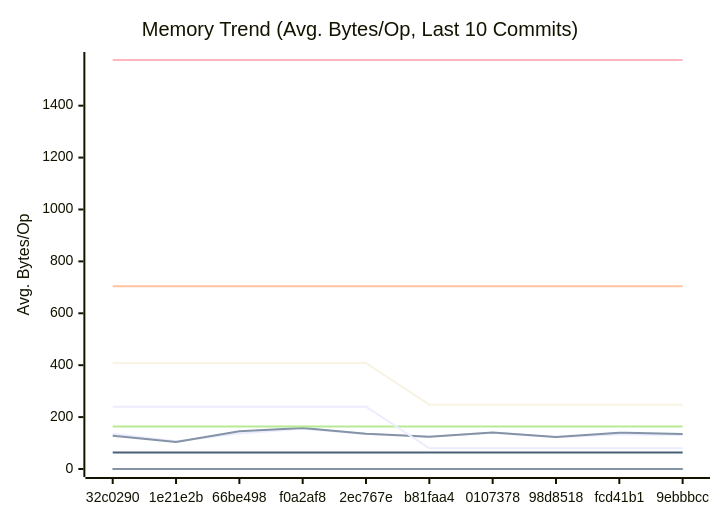
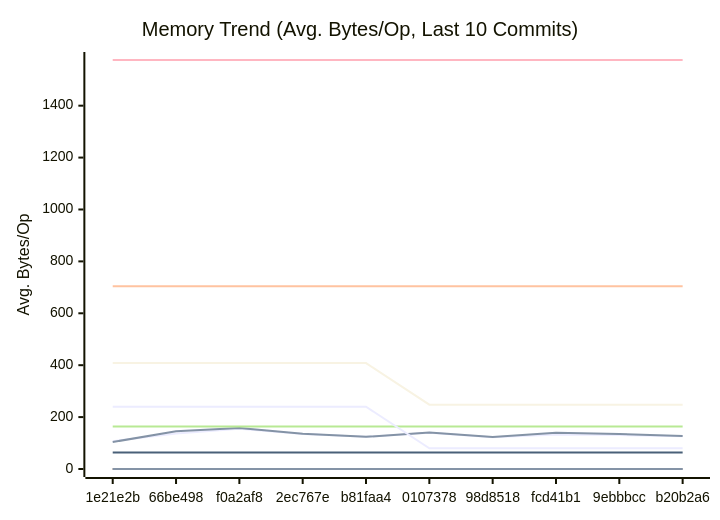
Before and after one commit to alsotoes/momo: the second of 3 diagrams in docs/PERFORMANCE.md, drawn with Mermaid. The commit also changed other lines of this file and 5 other files, not shown here.

````diff
--- a/docs/PERFORMANCE.md
+++ b/docs/PERFORMANCE.md
@@ -171,20 +171,20 @@
 ```mermaid
 xychart-beta
     title "Memory Trend (Avg. Bytes/Op, Last 10 Commits)"
     x-axis "Commit"
     y-axis "Avg. Bytes/Op"
-    x-axis [32c0290,1e21e2b,66be498,f0a2af8,2ec767e,b81faa4,0107378,98d8518,fcd41b1,9ebbbcc]
-    line "AWSChunkedReaderSigned" [135,107,137,155,135,124,140,122,133,131]
-    line "AWSChunkedReaderUnsigned" [128,104,145,158,136,124,141,123,140,135]
+    x-axis [1e21e2b,66be498,f0a2af8,2ec767e,b81faa4,0107378,98d8518,fcd41b1,9ebbbcc,b20b2a6]
+    line "AWSChunkedReaderSigned" [107,137,155,135,124,140,122,133,131,126]
+    line "AWSChunkedReaderUnsigned" [104,145,158,136,124,141,123,140,135,127]
     line "CheckMetricsAndSwap" [0,0,0,0,0,0,0,0,0,0]
     line "CrushOptimized" [0,0,0,0,0,0,0,0,0,0]
     line "CrushOriginal" [164,164,164,164,164,164,164,164,164,164]
     line "IndexDirectTracking" [0,0,0,0,0,0,0,0,0,0]
     line "IndexSearch" [0,0,0,0,0,0,0,0,0,0]
     line "LoadGlobalConfig" [1576,1576,1576,1576,1576,1576,1576,1576,1576,1576]
     line "PadString" [64,64,64,64,64,64,64,64,64,64]
     line "ParseReplicationOrder_NoPrealloc" [408,408,408,408,408,248,248,248,248,248]
     line "ParseReplicationOrder_Prealloc" [240,240,240,240,240,80,80,80,80,80]
     line "SanitizeLog/Safe" [0,0,0,0,0,0,0,0,0,0]
     line "SanitizeLog/Unsafe" [704,704,704,704,704,704,704,704,704,704]
 ```
````
